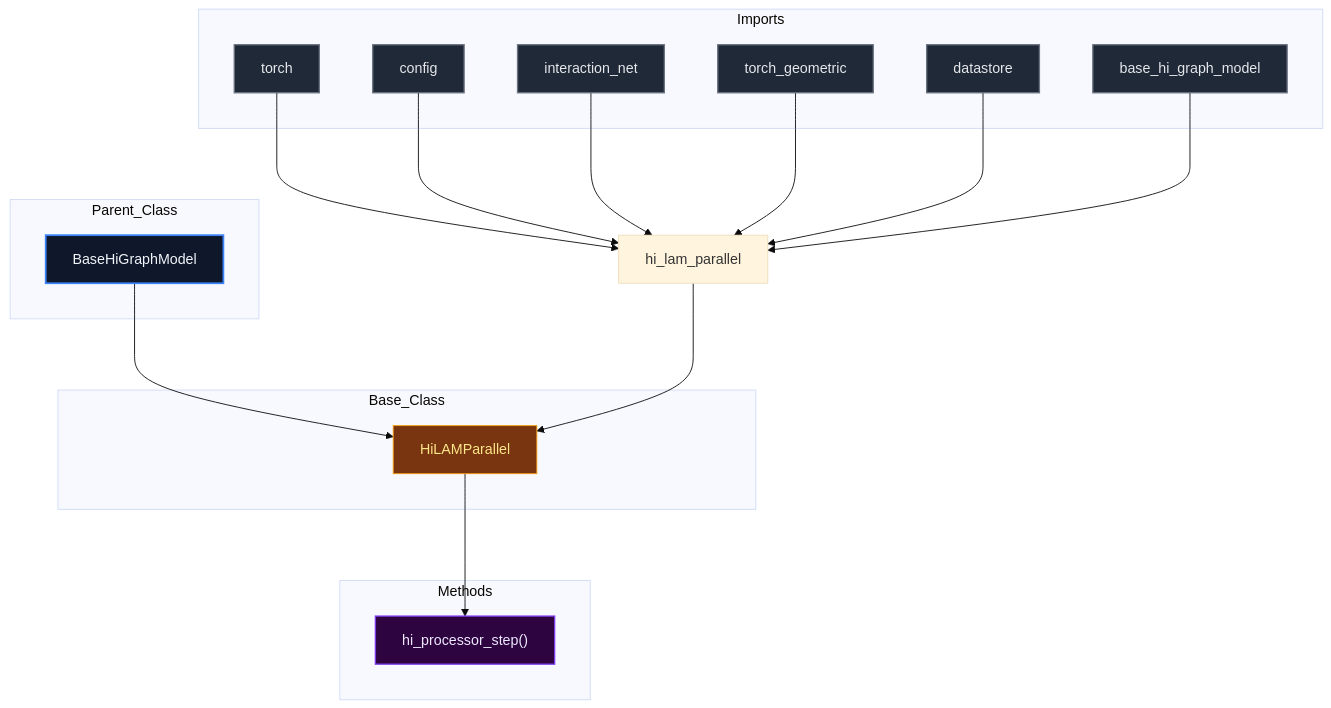
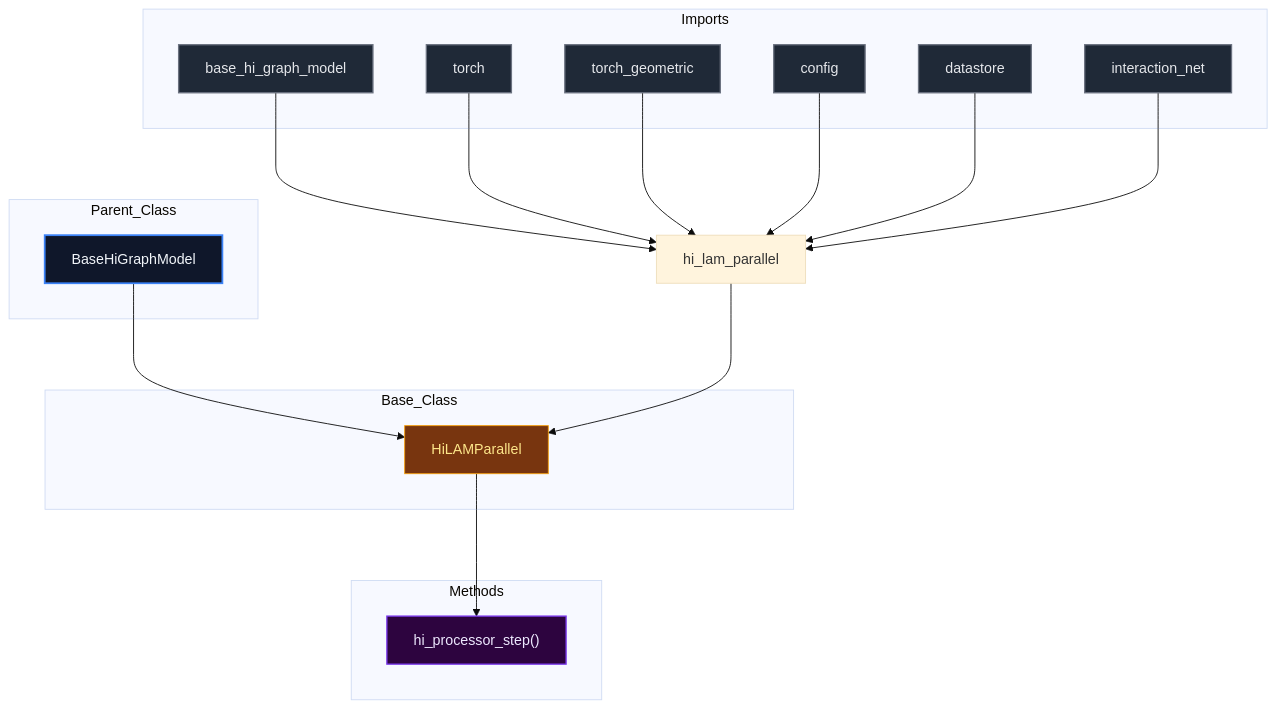
The diagram in docs/diagrams/hi_lam_parallel_diagram.md (mllam/neural-lam), drawn with Mermaid (base theme) before and after one commit. The commit also changed 18 other files, not shown here.

Commit message:
Auto-update Mermaid diagrams

````diff
--- a/docs/diagrams/hi_lam_parallel_diagram.md
+++ b/docs/diagrams/hi_lam_parallel_diagram.md
@@ -1,50 +1,50 @@
 ```mermaid
 %%{init: {'flowchart': {'nodeSpacing': 60, 'rankSpacing': 80}}}%%
 flowchart TD
 
 module["hi_lam_parallel"]
 
 subgraph Parent_Class
     BaseHiGraphModel["BaseHiGraphModel"]
 end
 
 subgraph Base_Class
     HiLAMParallel["HiLAMParallel"]
 end
 
     BaseHiGraphModel --> HiLAMParallel
 
 subgraph Imports
+    base_hi_graph_model["base_hi_graph_model"]
     torch["torch"]
+    torch_geometric["torch_geometric"]
     config["config"]
+    datastore["datastore"]
     interaction_net["interaction_net"]
-    torch_geometric["torch_geometric"]
-    datastore["datastore"]
-    base_hi_graph_model["base_hi_graph_model"]
 end
 
+    base_hi_graph_model --> module
     torch --> module
+    torch_geometric --> module
     config --> module
+    datastore --> module
     interaction_net --> module
-    torch_geometric --> module
-    datastore --> module
-    base_hi_graph_model --> module
     module --> HiLAMParallel
 
 subgraph Methods
     HiLAMParallel_hi_processor_step["hi_processor_step()"]
 end
 
     HiLAMParallel --> HiLAMParallel_hi_processor_step
 
 classDef parent fill:#0f172a,stroke:#3b82f6,stroke-width:2px,color:#f1f5f9,font-size:16px
 classDef base fill:#78350f,stroke:#f59e0b,stroke-width:1px,color:#fde68a,font-size:16px
 classDef import fill:#1f2937,stroke:#6b7280,stroke-width:1.5px,color:#e5e7eb,font-size:16px
 classDef method fill:#2d043f,stroke:#7c3aed,stroke-width:1.5px,color:#ede9fe,font-size:16px
 classDef callNode fill:#064e3b,stroke:#10b981,stroke-width:1.5px,color:#d1fae5,font-size:16px
 class BaseHiGraphModel parent
 class HiLAMParallel base
-class torch,config,interaction_net,torch_geometric,datastore,base_hi_graph_model import
+class base_hi_graph_model,torch,torch_geometric,config,datastore,interaction_net import
 class HiLAMParallel_hi_processor_step method
 
 ```
````
